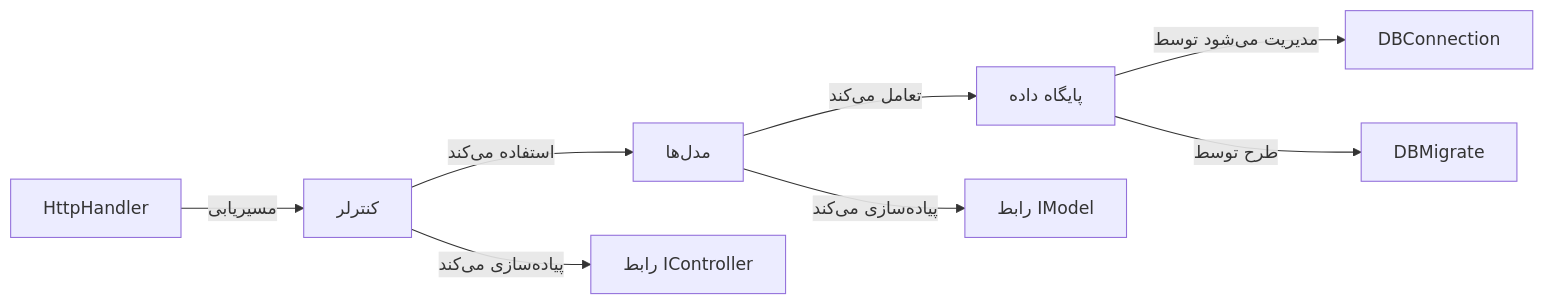
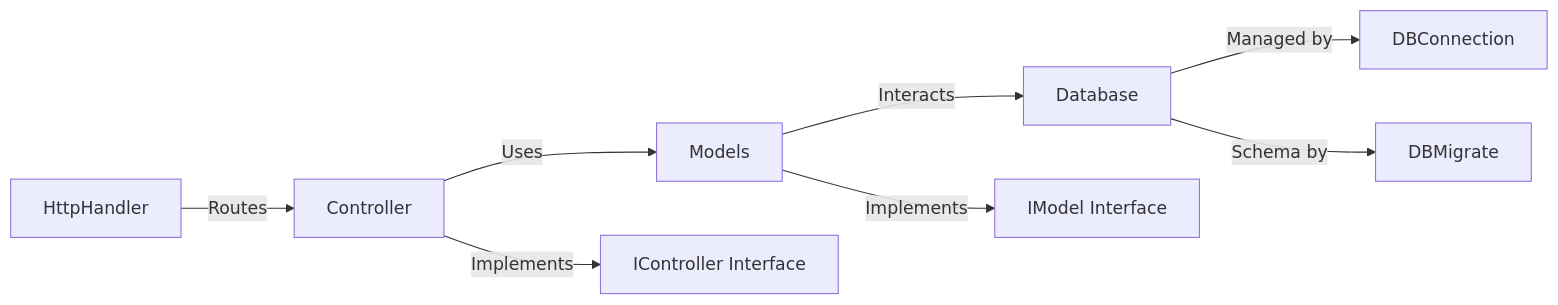
The fourth of 4 diagrams in DOCUMENTATION.de.md (secure73/MicrosPy), drawn with Mermaid before and after one commit. The commit also changed other lines of this file, not shown here.

````diff
--- a/DOCUMENTATION.de.md
+++ b/DOCUMENTATION.de.md
@@ -586,10 +557,10 @@
 ```mermaid
 graph LR
-    A[HttpHandler] -->|مسیریابی| B[کنترلر]
-    B -->|استفاده می‌کند| C[مدل‌ها]
-    C -->|تعامل می‌کند| D[پایگاه داده]
-    B -->|پیاده‌سازی می‌کند| E[رابط IController]
-    C -->|پیاده‌سازی می‌کند| F[رابط IModel]
-    D -->|مدیریت می‌شود توسط| G[DBConnection]
-    D -->|طرح توسط| H[DBMigrate]
+    A[HttpHandler] -->|Routes| B[Controller]
+    B -->|Uses| C[Models]
+    C -->|Interacts| D[Database]
+    B -->|Implements| E[IController Interface]
+    C -->|Implements| F[IModel Interface]
+    D -->|Managed by| G[DBConnection]
+    D -->|Schema by| H[DBMigrate]
 ```
````
